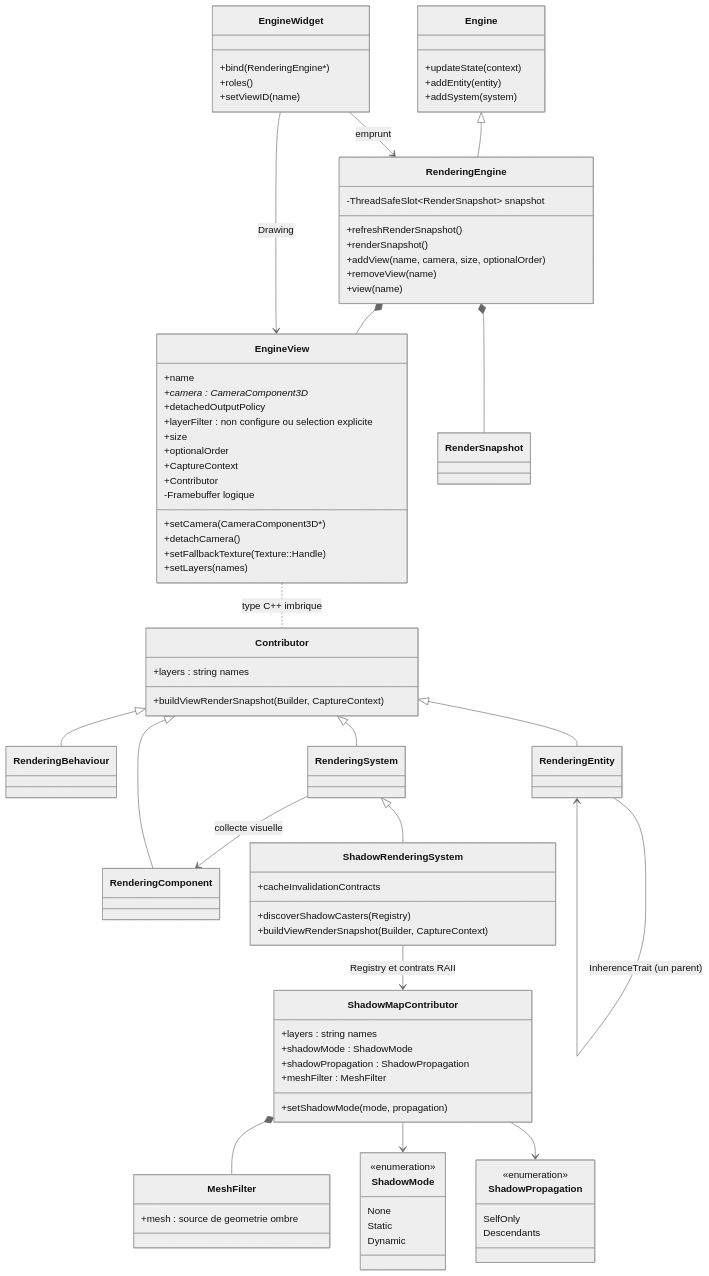
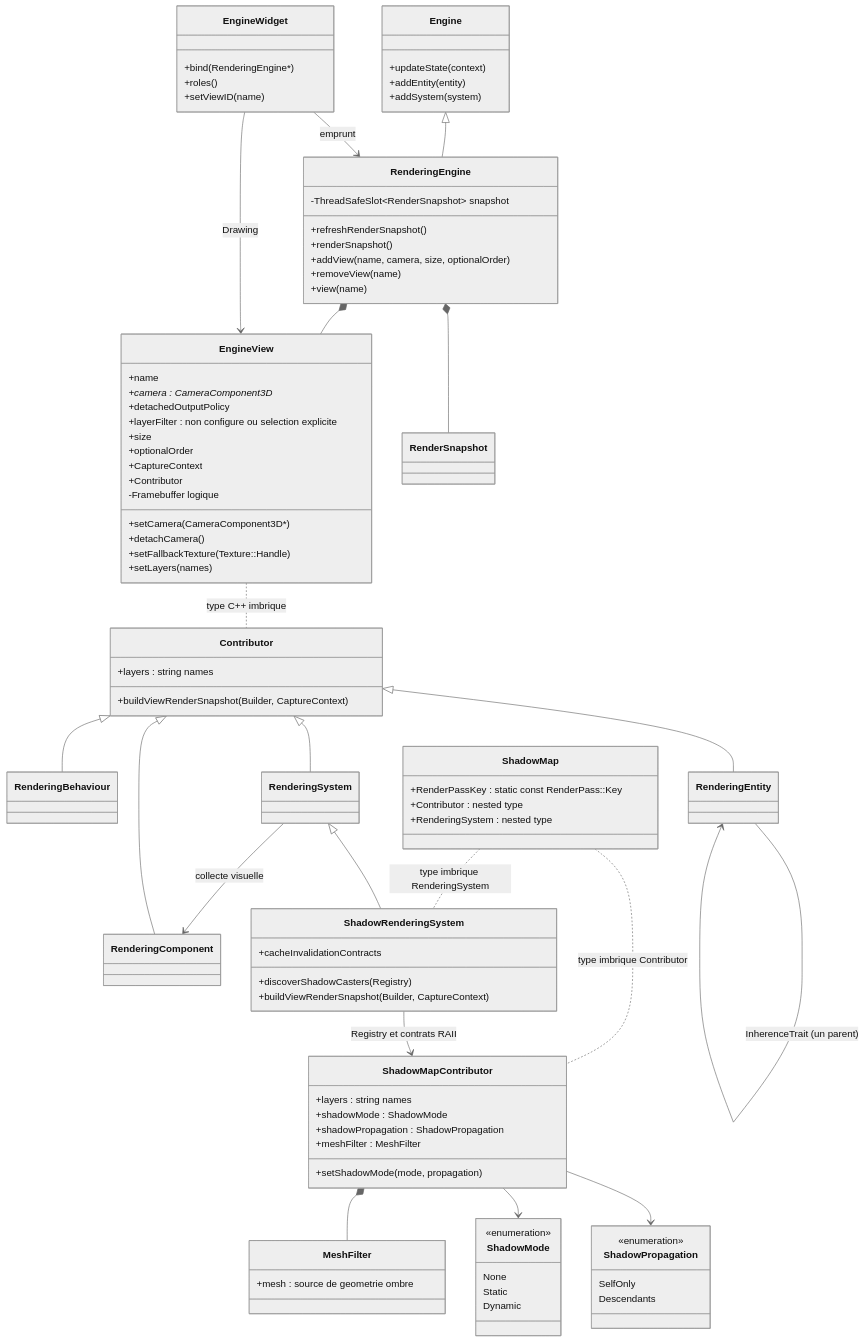
Before and after one commit to EreliaStudio/Sparkle: the seventh of 14 diagrams in docs/voxel-engine-v0.1.4-specification.md, drawn with Mermaid (neutral theme). The commit also changed other lines of this file, not shown here.

Commit message:
docs(v0.1.4): organize autonomous shadow passes as ShadowMap with nested Contributor and RenderingSystem

```diff
--- a/docs/voxel-engine-v0.1.4-specification.md
+++ b/docs/voxel-engine-v0.1.4-specification.md
@@ -667,6 +677,11 @@
   class RenderingBehaviour
   class RenderingEntity
   class RenderingSystem
+  class ShadowMap {
+    +RenderPassKey : static const RenderPass::Key
+    +Contributor : nested type
+    +RenderingSystem : nested type
+  }
   class ShadowMapContributor {
     +layers : string names
     +shadowMode : ShadowMode
@@ -693,6 +708,8 @@
     SelfOnly
     Descendants
   }
+  ShadowMap .. ShadowMapContributor : type imbrique Contributor
+  ShadowMap .. ShadowRenderingSystem : type imbrique RenderingSystem
   ShadowMapContributor *-- MeshFilter
   ShadowMapContributor --> ShadowMode
   ShadowMapContributor --> ShadowPropagation
```
